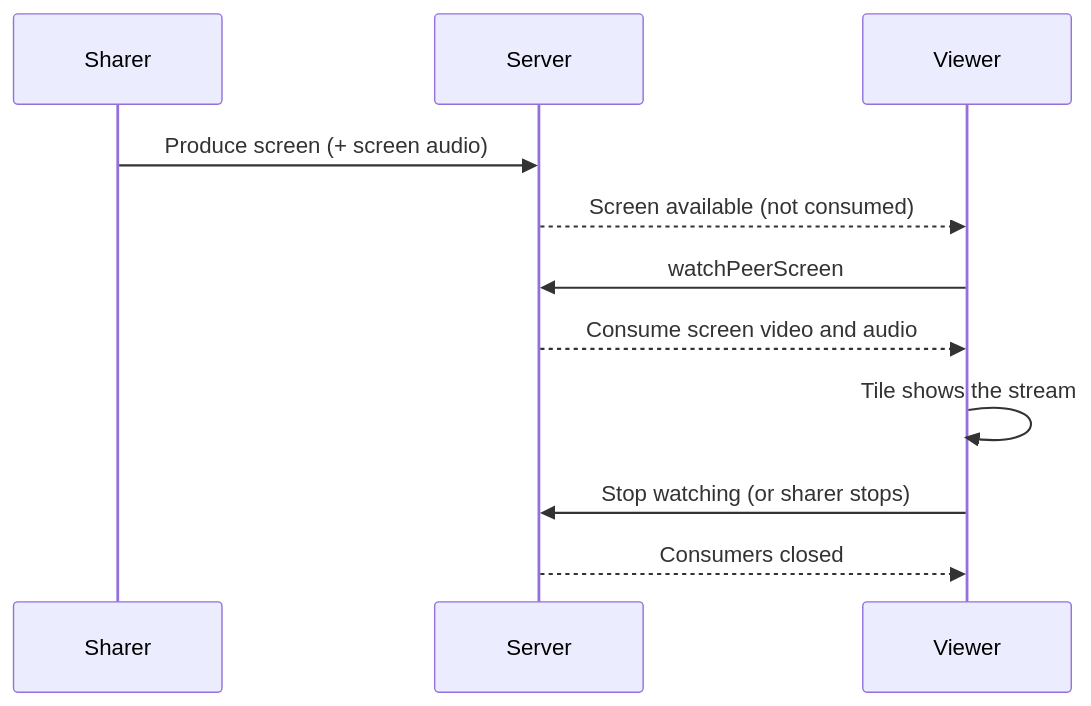
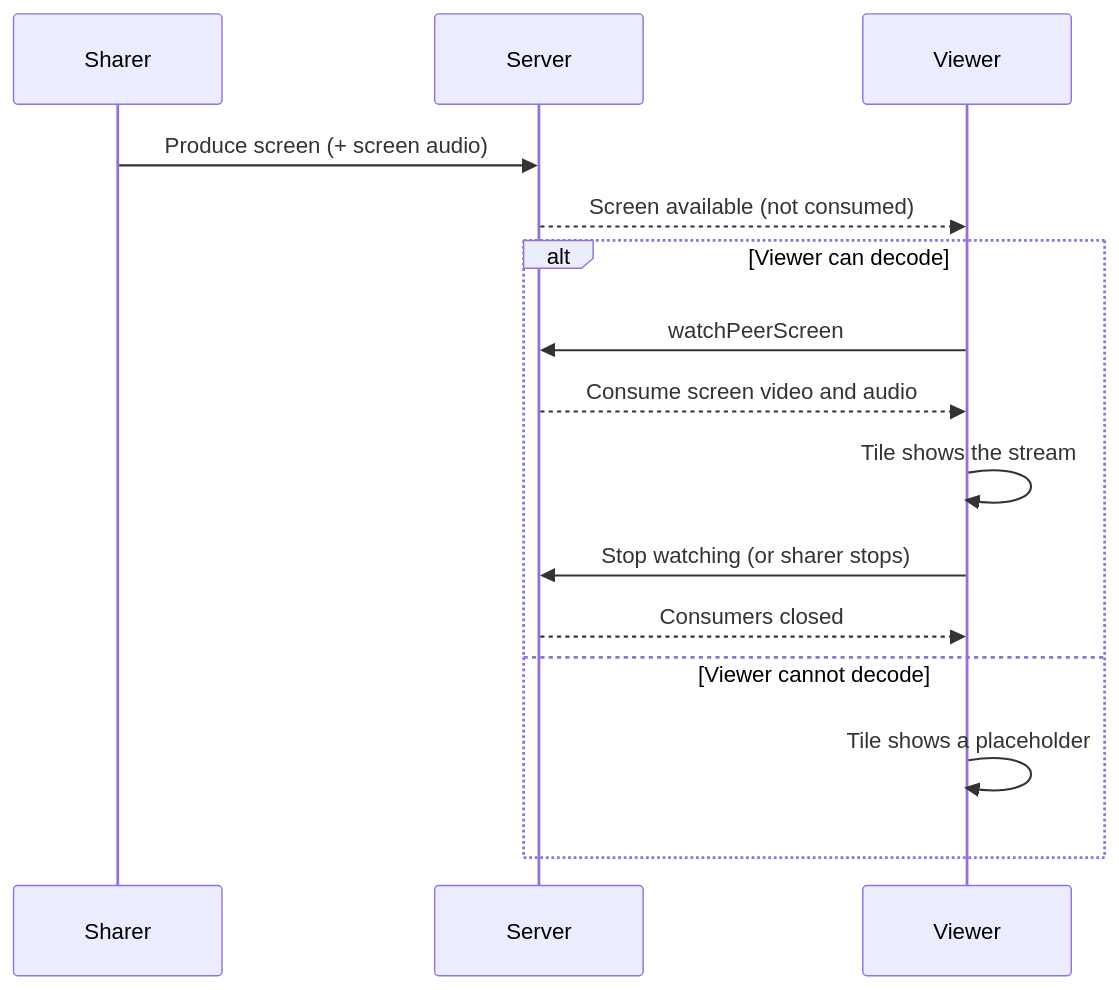
The first of 2 diagrams in docs/frontend/STREAMING.md (Quenary/konvoez), drawn with Mermaid before and after one commit. The commit also changed other lines of this file and 43 other files, not shown here.

````diff
--- a/docs/frontend/STREAMING.md
+++ b/docs/frontend/STREAMING.md
@@ -21,14 +21,18 @@
 ```mermaid
 sequenceDiagram
   participant S as Sharer
   participant Srv as Server
   participant V as Viewer
 
   S->>Srv: Produce screen (+ screen audio)
   Srv-->>V: Screen available (not consumed)
-  V->>Srv: watchPeerScreen
-  Srv-->>V: Consume screen video and audio
-  V->>V: Tile shows the stream
-  V->>Srv: Stop watching (or sharer stops)
-  Srv-->>V: Consumers closed
+  alt Viewer can decode
+    V->>Srv: watchPeerScreen
+    Srv-->>V: Consume screen video and audio
+    V->>V: Tile shows the stream
+    V->>Srv: Stop watching (or sharer stops)
+    Srv-->>V: Consumers closed
+  else Viewer cannot decode
+    V->>V: Tile shows a placeholder
+  end
 ```
````
